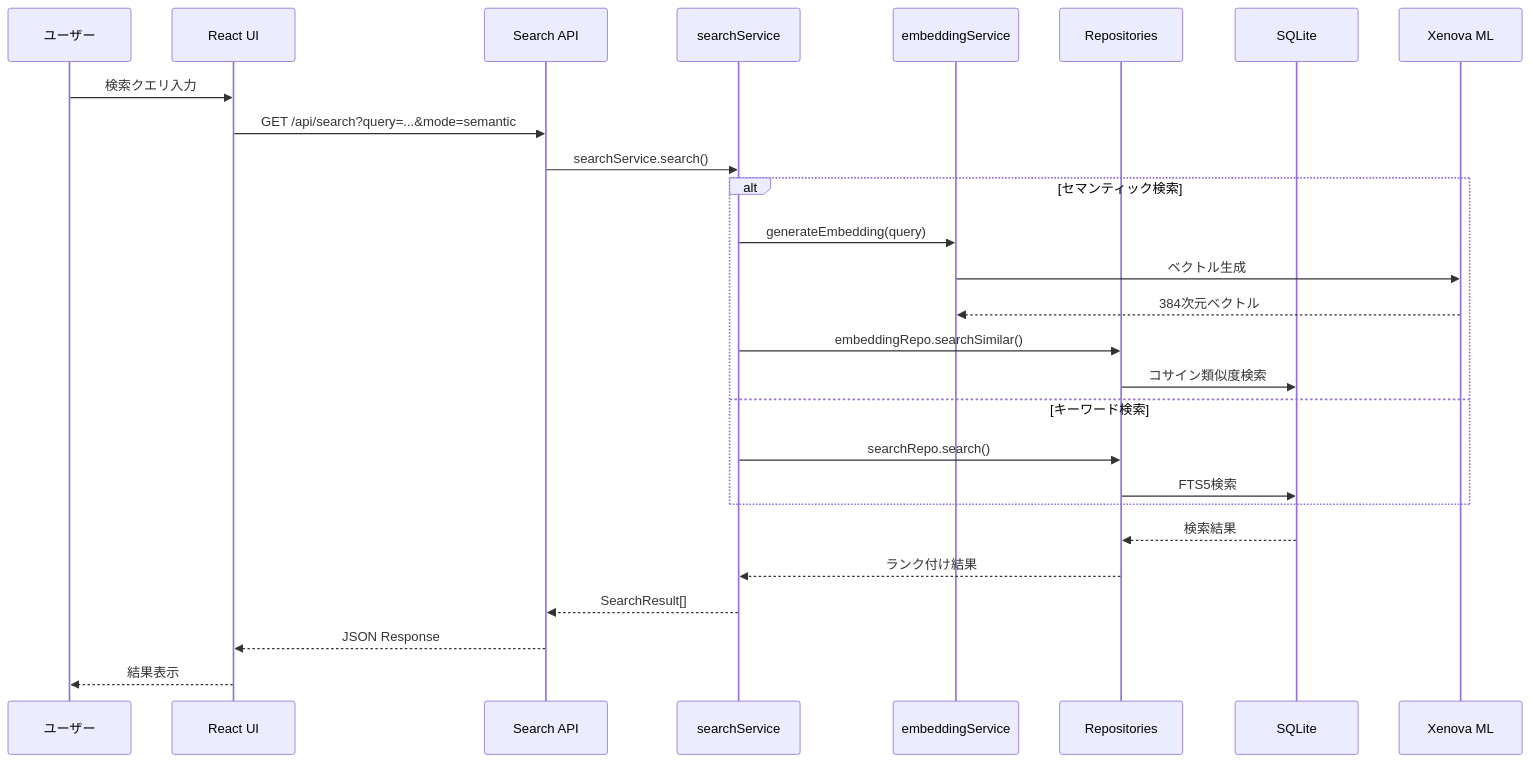
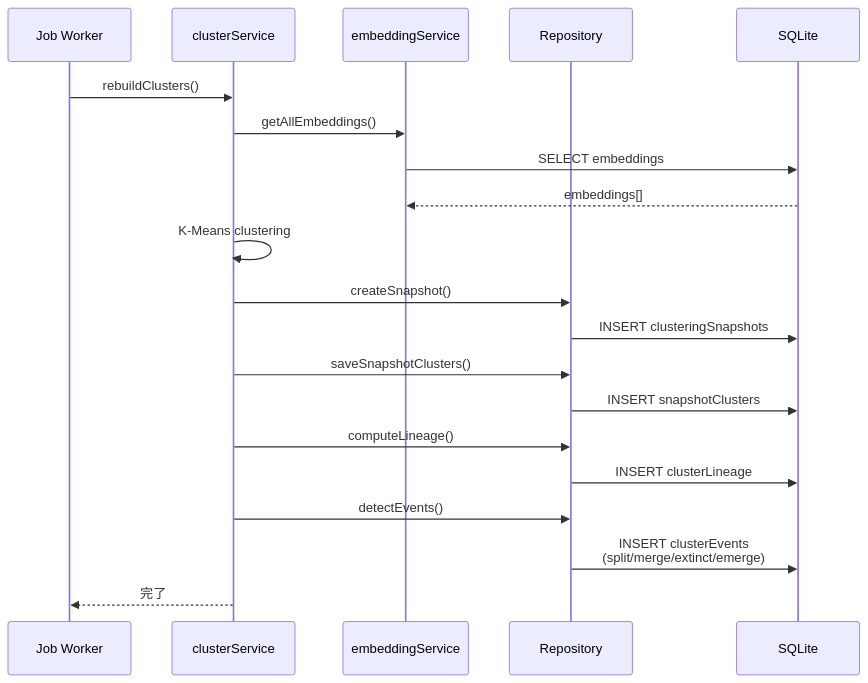
Before and after one commit to tamai-hideyuki/brain-cabinet: the fourth of 5 diagrams in docs/network-diagram.md, drawn with Mermaid. The commit also changed other lines of this file and 19 other files, not shown here.

````diff
--- a/docs/network-diagram.md
+++ b/docs/network-diagram.md
@@ -165,32 +245,29 @@
 ```mermaid
 sequenceDiagram
-    participant User as ユーザー
-    participant UI as React UI
-    participant API as Search API
-    participant Service as searchService
+    participant Job as Job Worker
+    participant Cluster as clusterService
     participant Embed as embeddingService
-    participant Repo as Repositories
+    participant Repo as Repository
     participant DB as SQLite
-    participant ML as Xenova ML
 
-    User->>UI: 検索クエリ入力
-    UI->>API: GET /api/search?query=...&mode=semantic
-    API->>Service: searchService.search()
+    Job->>Cluster: rebuildClusters()
+    Cluster->>Embed: getAllEmbeddings()
+    Embed->>DB: SELECT embeddings
+    DB-->>Embed: embeddings[]
 
-    alt セマンティック検索
-        Service->>Embed: generateEmbedding(query)
-        Embed->>ML: ベクトル生成
-        ML-->>Embed: 384次元ベクトル
-        Service->>Repo: embeddingRepo.searchSimilar()
-        Repo->>DB: コサイン類似度検索
-    else キーワード検索
-        Service->>Repo: searchRepo.search()
-        Repo->>DB: FTS5検索
-    end
+    Cluster->>Cluster: K-Means clustering
 
-    DB-->>Repo: 検索結果
-    Repo-->>Service: ランク付け結果
-    Service-->>API: SearchResult[]
-    API-->>UI: JSON Response
-    UI-->>User: 結果表示
+    Cluster->>Repo: createSnapshot()
+    Repo->>DB: INSERT clusteringSnapshots
+
+    Cluster->>Repo: saveSnapshotClusters()
+    Repo->>DB: INSERT snapshotClusters
+
+    Cluster->>Repo: computeLineage()
+    Repo->>DB: INSERT clusterLineage
+
+    Cluster->>Repo: detectEvents()
+    Repo->>DB: INSERT clusterEvents<br/>(split/merge/extinct/emerge)
+
+    Cluster-->>Job: 完了
 ```
````
